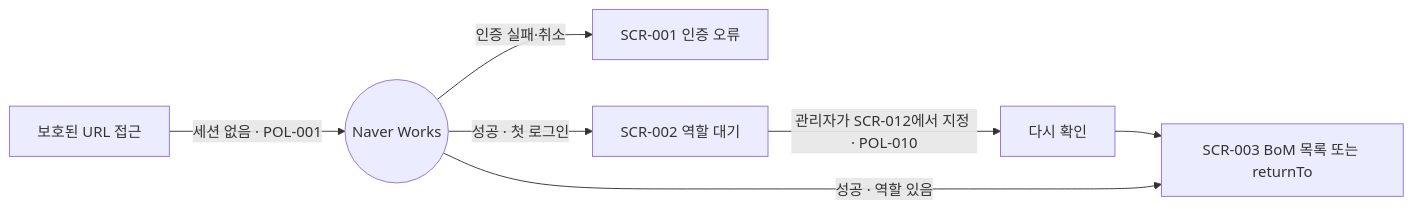
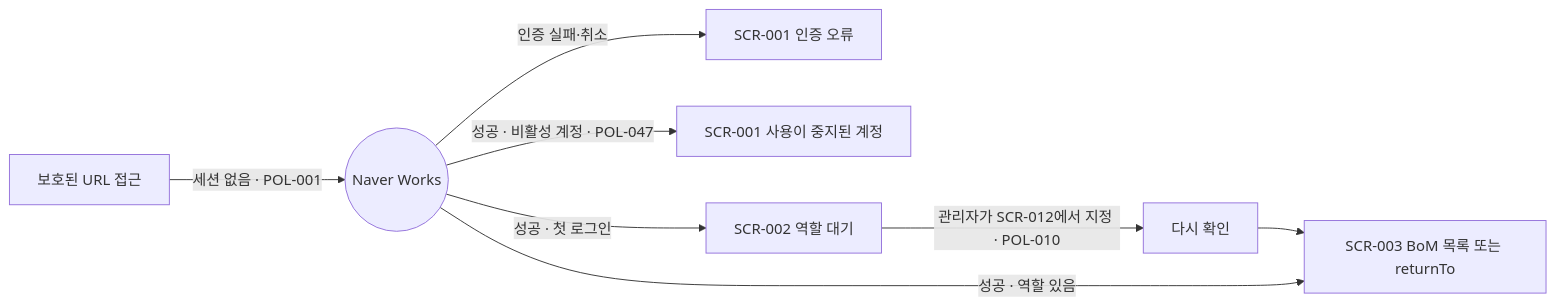
One commit to leoyun2010/planloop changed the second of 7 diagrams in projects/bom-auto/03-ia.md. Above: the diagram before and after it, drawn with Mermaid. The commit also changed other lines of this file and 37 other files, not shown here.

````diff
--- a/projects/bom-auto/03-ia.md
+++ b/projects/bom-auto/03-ia.md
@@ -61,9 +72,10 @@
 ```mermaid
 flowchart LR
     A[보호된 URL 접근] -->|세션 없음 · POL-001| SSO((Naver Works))
     SSO -->|인증 실패·취소| E[SCR-001 인증 오류]
+    SSO -->|성공 · 비활성 계정 · POL-047| D[SCR-001 사용이 중지된 계정]
     SSO -->|성공 · 첫 로그인| P[SCR-002 역할 대기]
     P -->|관리자가 SCR-012에서 지정 · POL-010| R[다시 확인]
     R --> L[SCR-003 BoM 목록 또는 returnTo]
     SSO -->|성공 · 역할 있음| L
 ```
````
